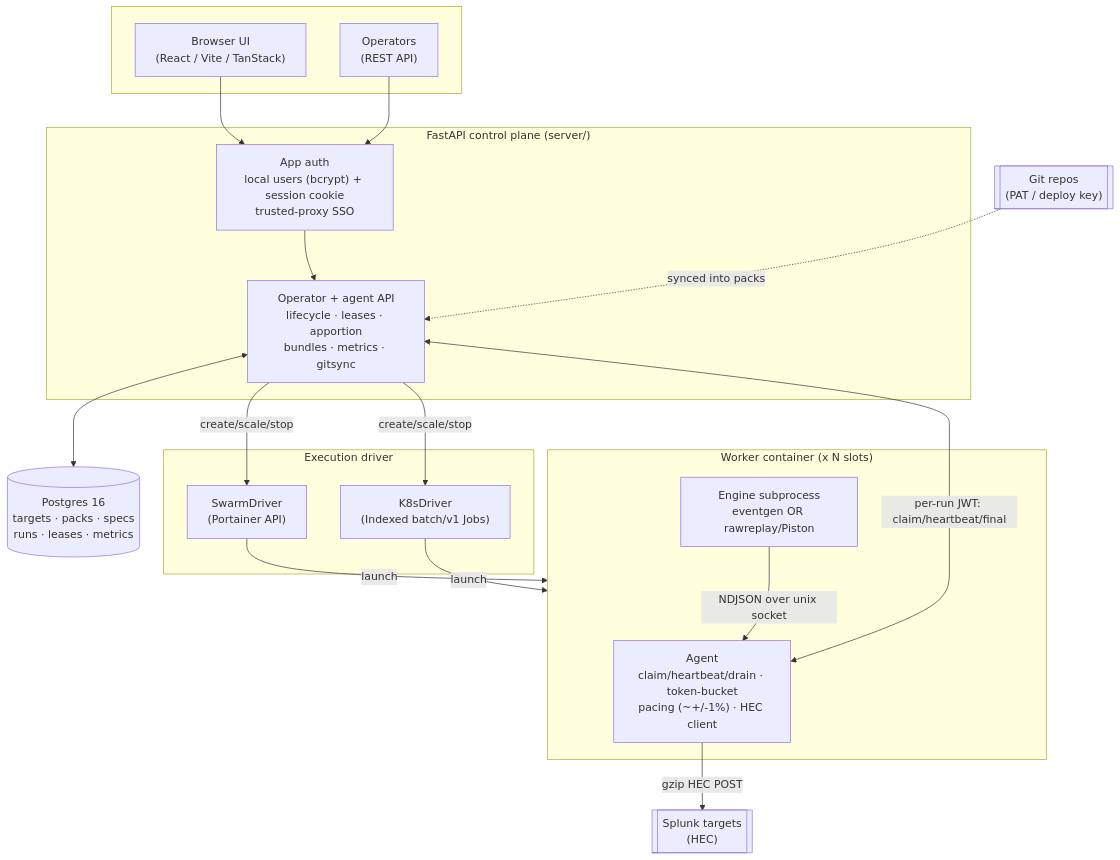
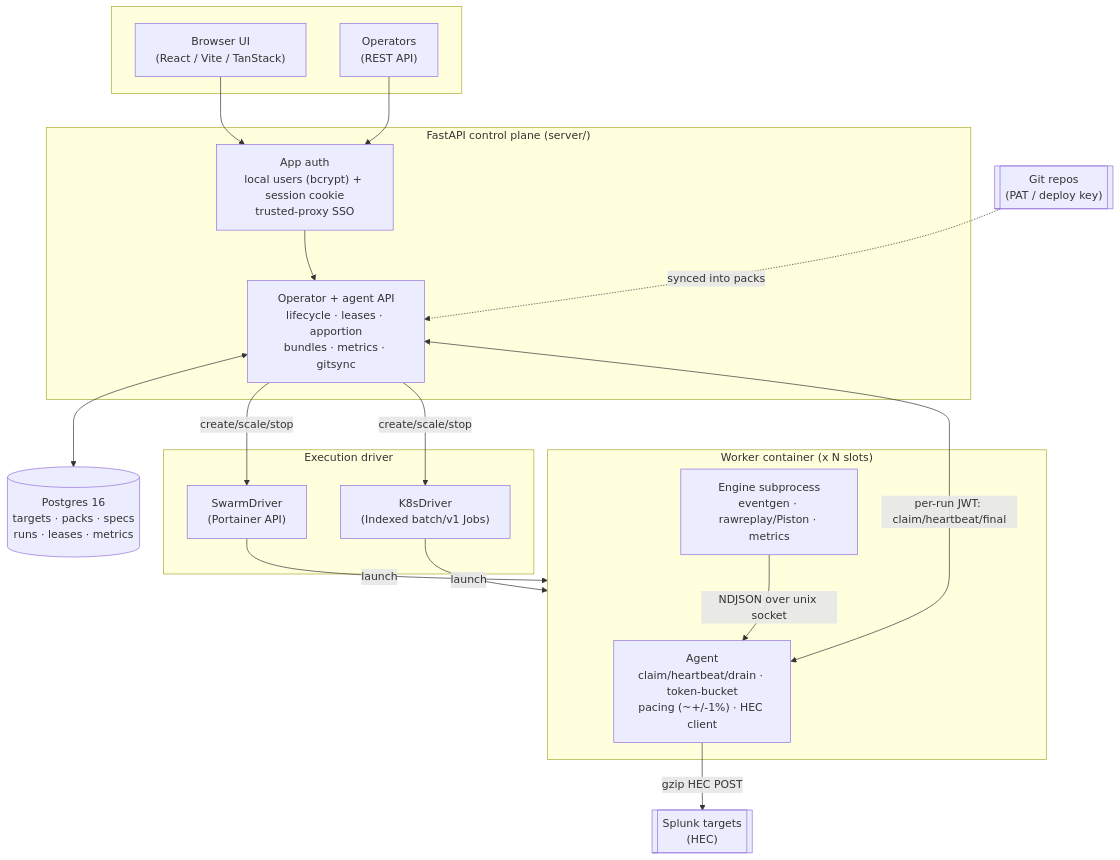
The diagram in README.md (livehybrid/stoker), drawn with Mermaid before and after one commit. The commit also changed other lines of this file and 5 other files, not shown here.

````diff
--- a/README.md
+++ b/README.md
@@ -9,40 +9,40 @@
 ```mermaid
 flowchart TB
     subgraph clients[" "]
         UI["Browser UI<br/>(React / Vite / TanStack)"]
         OPS["Operators<br/>(REST API)"]
     end
 
     subgraph cp["FastAPI control plane (server/)"]
         API["Operator + agent API<br/>lifecycle · leases · apportion<br/>bundles · metrics · gitsync"]
         AUTH["App auth<br/>local users (bcrypt) + session cookie<br/>trusted-proxy SSO"]
     end
 
     PG[("Postgres 16<br/>targets · packs · specs<br/>runs · leases · metrics")]
     GIT[["Git repos<br/>(PAT / deploy key)"]]
 
     subgraph drivers["Execution driver"]
         SWARM["SwarmDriver<br/>(Portainer API)"]
         K8S["K8sDriver<br/>(Indexed batch/v1 Jobs)"]
     end
 
     subgraph worker["Worker container (x N slots)"]
         AGENT["Agent<br/>claim/heartbeat/drain · token-bucket<br/>pacing (~+/-1%) · HEC client"]
-        ENG["Engine subprocess<br/>eventgen OR rawreplay/Piston"]
+        ENG["Engine subprocess<br/>eventgen · rawreplay/Piston · metrics"]
     end
 
     SPLUNK[["Splunk targets<br/>(HEC)"]]
 
     UI --> AUTH
     OPS --> AUTH
     AUTH --> API
     API <--> PG
     GIT -. "synced into packs" .-> API
     API -->|create/scale/stop| SWARM
     API -->|create/scale/stop| K8S
     SWARM -->|launch| worker
     K8S -->|launch| worker
     ENG -->|"NDJSON over unix socket"| AGENT
     AGENT <-->|"per-run JWT: claim/heartbeat/final"| API
     AGENT -->|"gzip HEC POST"| SPLUNK
 ```
````
